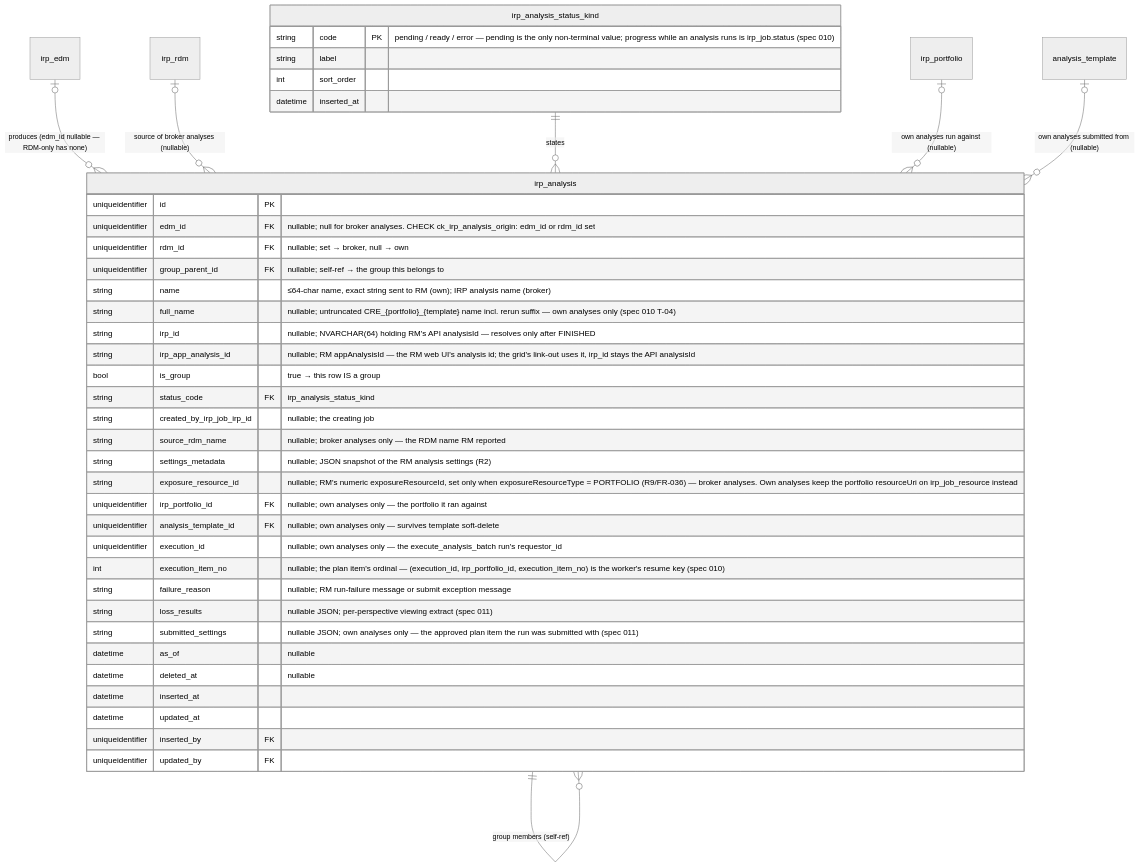
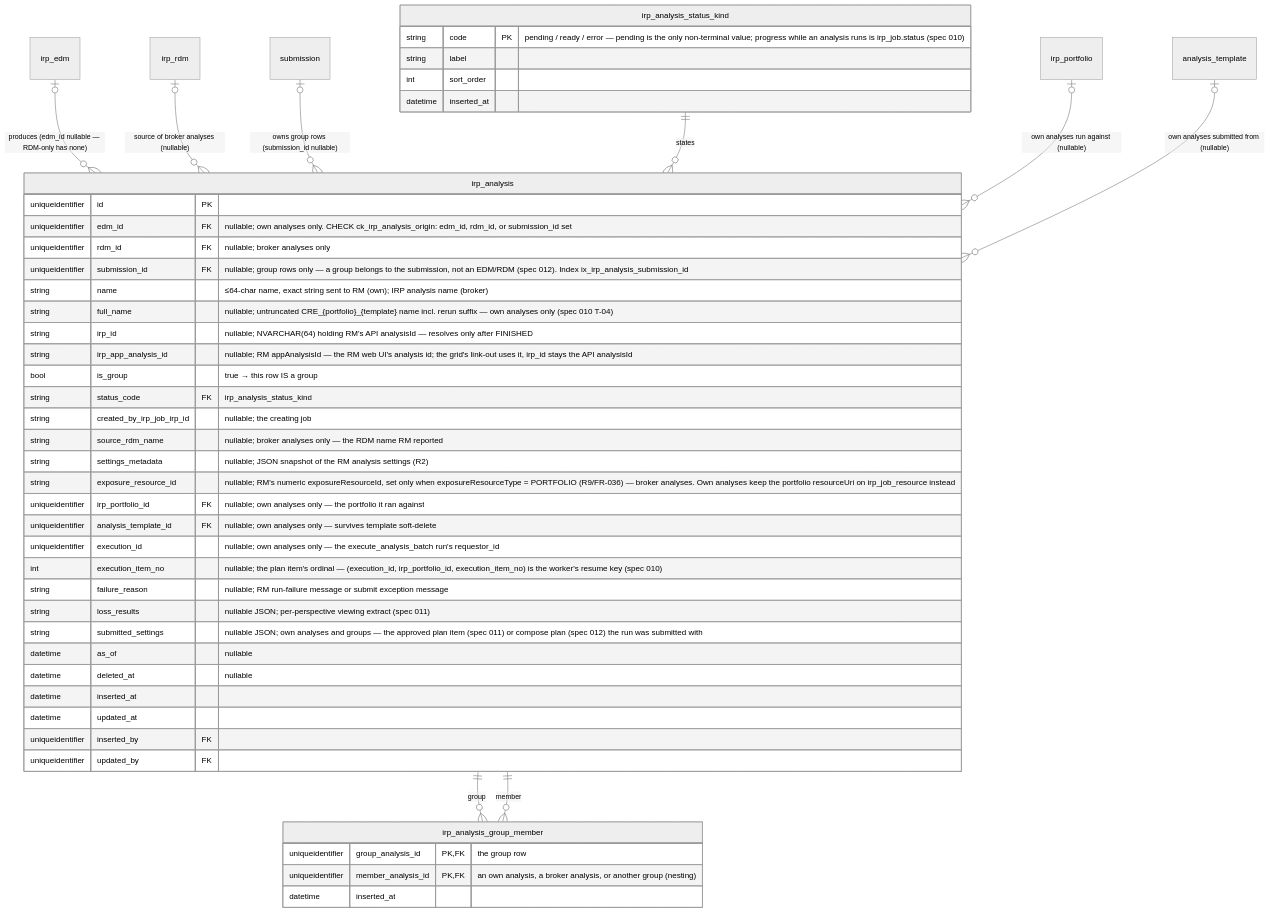
Before and after one commit to anilvenugopal/risk-workbench: the fourth of 9 diagrams in docs/DATA_MODEL.md, drawn with Mermaid (neutral theme). The commit also changed other lines of this file and 2 other files, not shown here.

Commit message:
Reconcile the docs with the landed grouping schema and decisions
DATA_MODEL.md gains irp_analysis.submission_id, the three-leg origin
CHECK, uq_irp_analysis_live_submission_name, the irp_analysis_group_member
table, and submit_grouping in rwb_job_type_kind; the never-created
group_parent_id column leaves the ER block. FUNCTIONAL_REQUIREMENTS.md and
PRD.md now match O-01 (group name shape), O-03 (submission-page entry
point only), O-06 (analyst picks schemes), O-08 (no independent-groups
checkbox), and mark left-to-right ordering implemented (FR-016).

````diff
--- a/docs/DATA_MODEL.md
+++ b/docs/DATA_MODEL.md
@@ -293,46 +293,53 @@
 ```mermaid
 erDiagram
   irp_edm |o--o{ irp_analysis : "produces (edm_id nullable — RDM-only has none)"
   irp_rdm |o--o{ irp_analysis : "source of broker analyses (nullable)"
-  irp_analysis ||--o{ irp_analysis : "group members (self-ref)"
+  submission |o--o{ irp_analysis : "owns group rows (submission_id nullable)"
+  irp_analysis ||--o{ irp_analysis_group_member : "group"
+  irp_analysis ||--o{ irp_analysis_group_member : "member"
   irp_analysis_status_kind ||--o{ irp_analysis : states
 
   irp_portfolio |o--o{ irp_analysis : "own analyses run against (nullable)"
   analysis_template |o--o{ irp_analysis : "own analyses submitted from (nullable)"
 
   irp_analysis {
     uniqueidentifier id PK
-    uniqueidentifier edm_id FK "nullable; null for broker analyses. CHECK ck_irp_analysis_origin: edm_id or rdm_id set"
-    uniqueidentifier rdm_id FK "nullable; set → broker, null → own"
-    uniqueidentifier group_parent_id FK "nullable; self-ref → the group this belongs to"
+    uniqueidentifier edm_id FK "nullable; own analyses only. CHECK ck_irp_analysis_origin: edm_id, rdm_id, or submission_id set"
+    uniqueidentifier rdm_id FK "nullable; broker analyses only"
+    uniqueidentifier submission_id FK "nullable; group rows only — a group belongs to the submission, not an EDM/RDM (spec 012). Index ix_irp_analysis_submission_id"
     string name "≤64-char name, exact string sent to RM (own); IRP analysis name (broker)"
     string full_name "nullable; untruncated CRE_{portfolio}_{template} name incl. rerun suffix — own analyses only (spec 010 T-04)"
     string irp_id "nullable; NVARCHAR(64) holding RM's API analysisId — resolves only after FINISHED"
     string irp_app_analysis_id "nullable; RM appAnalysisId — the RM web UI's analysis id; the grid's link-out uses it, irp_id stays the API analysisId"
     bool is_group "true → this row IS a group"
     string status_code FK "irp_analysis_status_kind"
     string created_by_irp_job_irp_id "nullable; the creating job"
     string source_rdm_name "nullable; broker analyses only — the RDM name RM reported"
     string settings_metadata "nullable; JSON snapshot of the RM analysis settings (R2)"
     string exposure_resource_id "nullable; RM's numeric exposureResourceId, set only when exposureResourceType = PORTFOLIO (R9/FR-036) — broker analyses. Own analyses keep the portfolio resourceUri on irp_job_resource instead"
     uniqueidentifier irp_portfolio_id FK "nullable; own analyses only — the portfolio it ran against"
     uniqueidentifier analysis_template_id FK "nullable; own analyses only — survives template soft-delete"
     uniqueidentifier execution_id "nullable; own analyses only — the execute_analysis_batch run's requestor_id"
     int execution_item_no "nullable; the plan item's ordinal — (execution_id, irp_portfolio_id, execution_item_no) is the worker's resume key (spec 010)"
     string failure_reason "nullable; RM run-failure message or submit exception message"
     string loss_results "nullable JSON; per-perspective viewing extract (spec 011)"
-    string submitted_settings "nullable JSON; own analyses only — the approved plan item the run was submitted with (spec 011)"
+    string submitted_settings "nullable JSON; own analyses and groups — the approved plan item (spec 011) or compose plan (spec 012) the run was submitted with"
     datetime as_of "nullable"
     datetime deleted_at "nullable"
     datetime inserted_at
     datetime updated_at
     uniqueidentifier inserted_by FK
     uniqueidentifier updated_by FK
   }
   irp_analysis_status_kind {
     string code PK "pending / ready / error — pending is the only non-terminal value; progress while an analysis runs is irp_job.status (spec 010)"
     string label
     int sort_order
     datetime inserted_at
   }
+  irp_analysis_group_member {
+    uniqueidentifier group_analysis_id PK,FK "the group row"
+    uniqueidentifier member_analysis_id PK,FK "an own analysis, a broker analysis, or another group (nesting)"
+    datetime inserted_at
+  }
 ```
````
